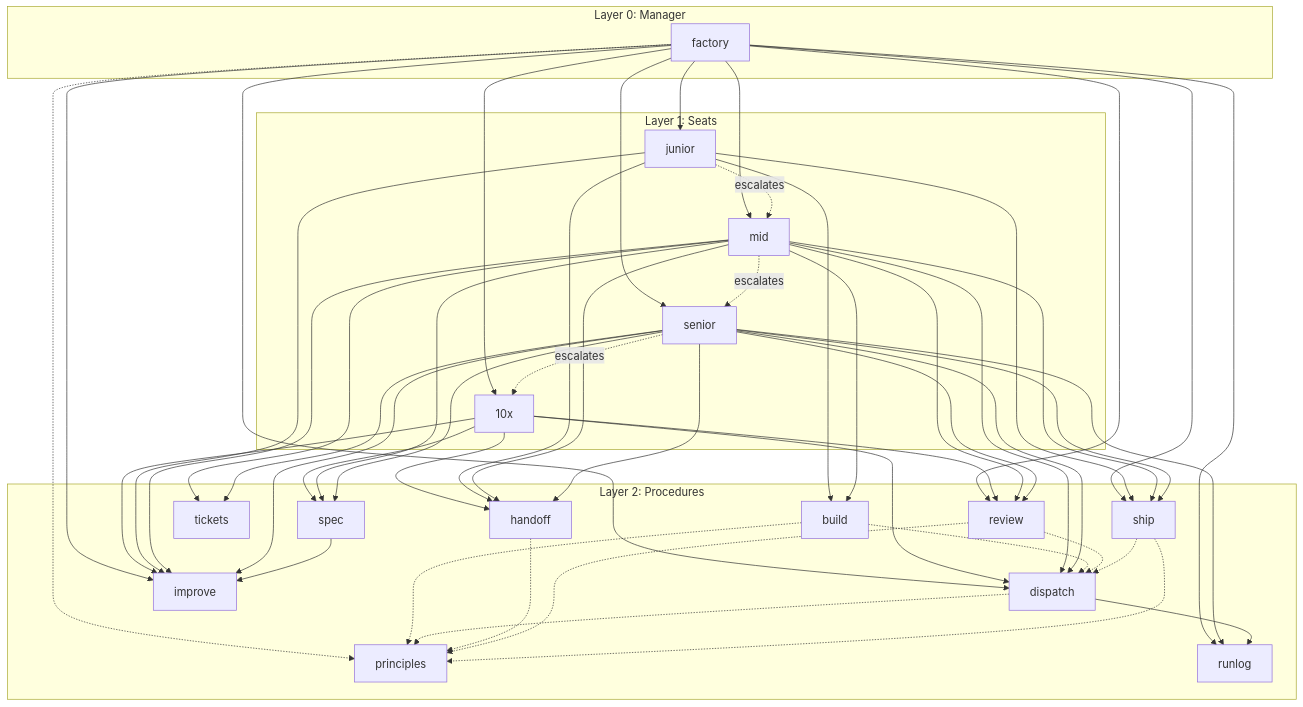
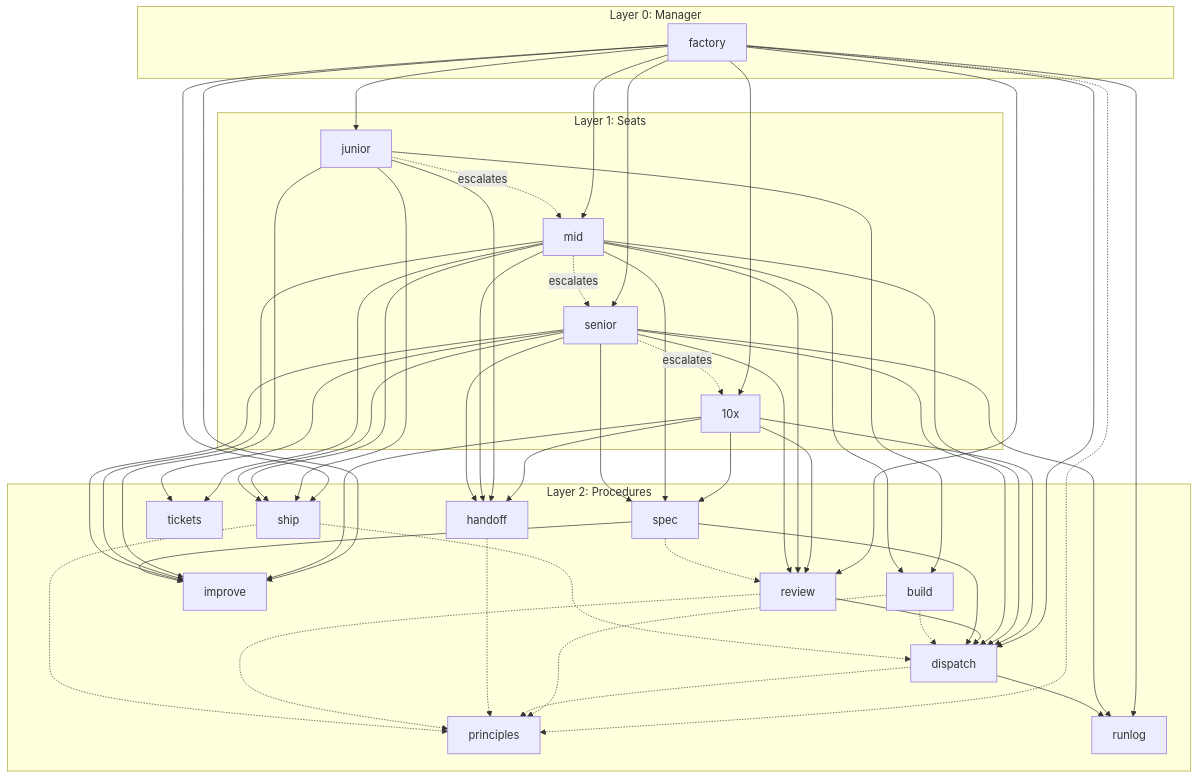
Before and after one commit to rishi23root/agent-skills: the diagram in docs/skill-graph.md, drawn with Mermaid. The commit also changed other lines of this file and 11 other files, not shown here.

First line of the commit message:
Move the council into review, so review and spec can call one

````diff
--- a/docs/skill-graph.md
+++ b/docs/skill-graph.md
@@ -7,72 +7,74 @@
 ```mermaid
 flowchart TD
   subgraph L0["Layer 0: Manager"]
     s_factory["factory"]
   end
   subgraph L1["Layer 1: Seats"]
     s_10x["10x"]
     s_junior["junior"]
     s_mid["mid"]
     s_senior["senior"]
   end
   subgraph L2["Layer 2: Procedures"]
     s_build["build"]
     s_dispatch["dispatch"]
     s_handoff["handoff"]
     s_improve["improve"]
     s_principles["principles"]
     s_review["review"]
     s_runlog["runlog"]
     s_ship["ship"]
     s_spec["spec"]
     s_tickets["tickets"]
   end
   s_factory --> s_improve
   s_factory --> s_junior
   s_factory --> s_mid
   s_factory --> s_senior
   s_factory --> s_10x
   s_factory --> s_dispatch
   s_factory --> s_review
   s_factory --> s_ship
   s_factory --> s_runlog
   s_10x --> s_improve
   s_10x --> s_spec
   s_10x --> s_dispatch
   s_10x --> s_review
   s_10x --> s_handoff
   s_junior --> s_improve
   s_junior --> s_build
   s_junior --> s_ship
   s_junior --> s_handoff
   s_mid --> s_improve
   s_mid --> s_spec
   s_mid --> s_tickets
   s_mid --> s_build
   s_mid --> s_review
   s_mid --> s_ship
   s_mid --> s_dispatch
   s_mid --> s_handoff
   s_senior --> s_improve
   s_senior --> s_spec
   s_senior --> s_tickets
   s_senior --> s_dispatch
   s_senior --> s_review
   s_senior --> s_ship
   s_senior --> s_handoff
   s_senior --> s_runlog
   s_dispatch --> s_runlog
+  s_review --> s_dispatch
   s_spec --> s_improve
+  s_spec --> s_dispatch
   s_factory -.-> s_principles
   s_build -.-> s_dispatch
   s_build -.-> s_principles
   s_dispatch -.-> s_principles
   s_handoff -.-> s_principles
-  s_review -.-> s_dispatch
   s_review -.-> s_principles
   s_ship -.-> s_dispatch
   s_ship -.-> s_principles
+  s_spec -.-> s_review
   s_junior -. escalates .-> s_mid
   s_mid -. escalates .-> s_senior
   s_senior -. escalates .-> s_10x
 ```
````
